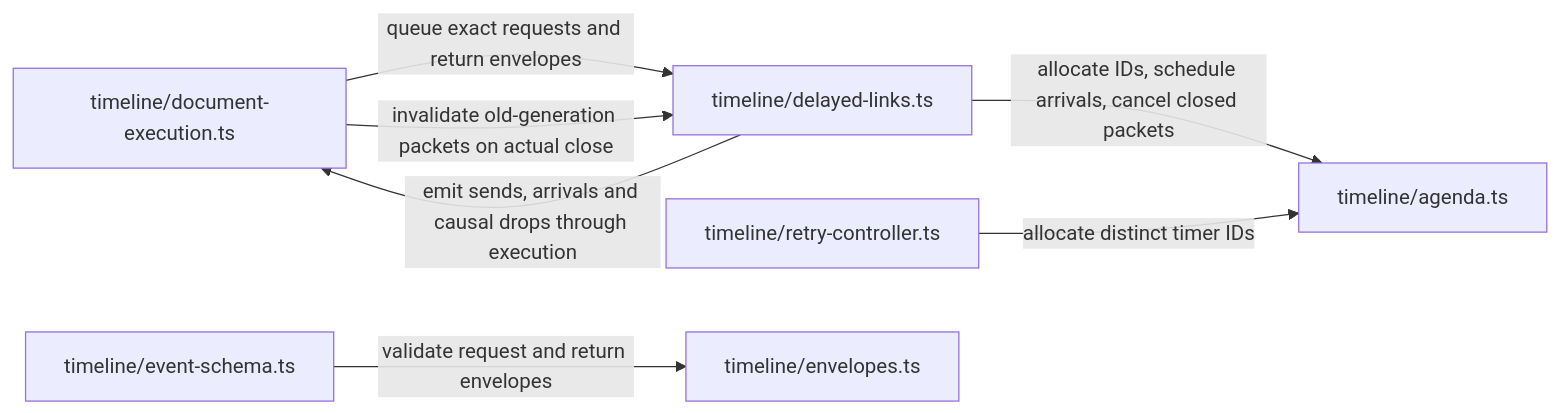
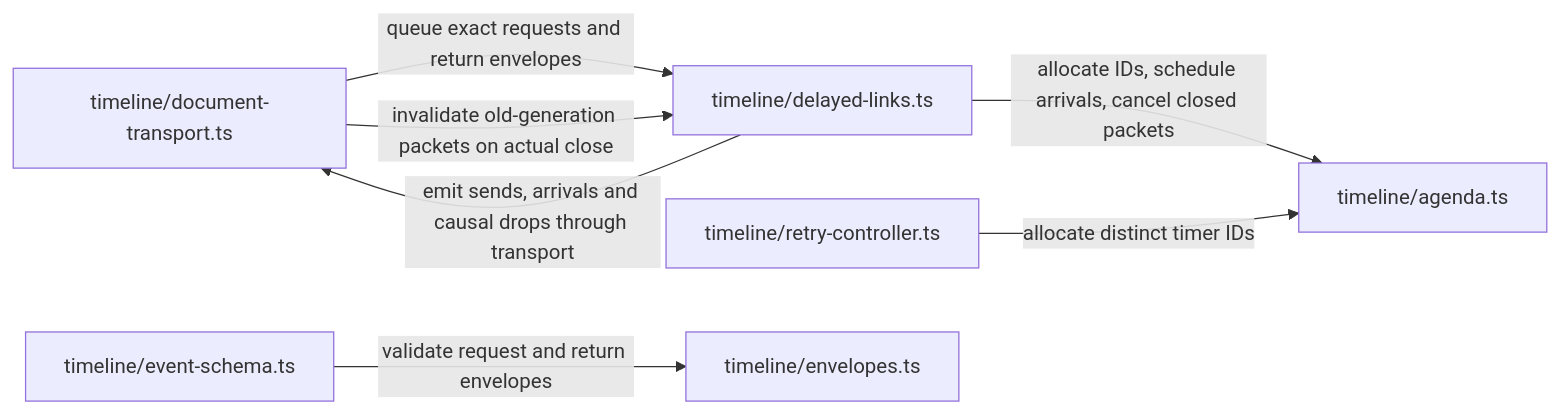
One commit to sproates/zooglass changed diagram 18 of 22 in workbench/docs/source-map.md. Above: the diagram before and after it, drawn with Mermaid. The commit also changed other lines of this file and 59 other files, not shown here.

Commit message:
Isolate the simulation host and clarify timeline execution ownership

````diff
--- a/workbench/docs/source-map.md
+++ b/workbench/docs/source-map.md
@@ -561,9 +597,9 @@
 ```mermaid
 flowchart LR
-  execution["timeline/document-execution.ts"] -->|queue exact requests and return envelopes| links["timeline/delayed-links.ts"]
-  execution -->|invalidate old-generation packets on actual close| links
+  transport["timeline/document-transport.ts"] -->|queue exact requests and return envelopes| links["timeline/delayed-links.ts"]
+  transport -->|invalidate old-generation packets on actual close| links
   links -->|allocate IDs, schedule arrivals, cancel closed packets| agenda["timeline/agenda.ts"]
   retries["timeline/retry-controller.ts"] -->|allocate distinct timer IDs| agenda
-  links -->|emit sends, arrivals and causal drops through execution| execution
+  links -->|emit sends, arrivals and causal drops through transport| transport
   schema["timeline/event-schema.ts"] -->|validate request and return envelopes| envelopes["timeline/envelopes.ts"]
 ```
````
